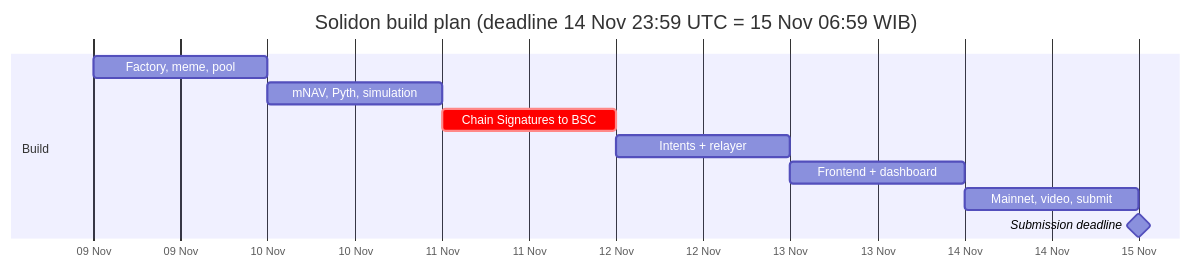
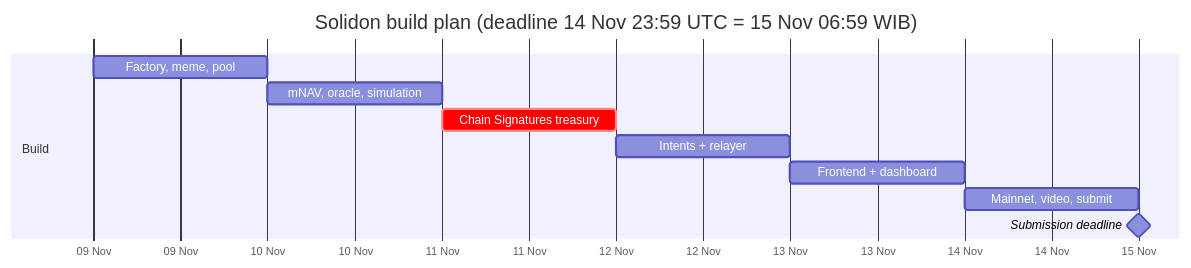
The second of 2 diagrams in docs/SPEC.md (yeheskieltame/solidon), drawn with Mermaid before and after one commit. The commit also changed other lines of this file and 20 other files, not shown here.

````diff
--- a/docs/SPEC.md
+++ b/docs/SPEC.md
@@ -250,14 +252,14 @@
 ```mermaid
 gantt
   title Solidon build plan (deadline 14 Nov 23:59 UTC = 15 Nov 06:59 WIB)
   dateFormat YYYY-MM-DD
   axisFormat %d %b
   section Build
   Factory, meme, pool          :a1, 2026-11-09, 1d
-  mNAV, Pyth, simulation       :a2, 2026-11-10, 1d
-  Chain Signatures to BSC      :crit, a3, 2026-11-11, 1d
+  mNAV, oracle, simulation     :a2, 2026-11-10, 1d
+  Chain Signatures treasury    :crit, a3, 2026-11-11, 1d
   Intents + relayer            :a4, 2026-11-12, 1d
   Frontend + dashboard         :a5, 2026-11-13, 1d
   Mainnet, video, submit       :a6, 2026-11-14, 1d
   Submission deadline          :milestone, m1, 2026-11-15, 0d
 ```
````
